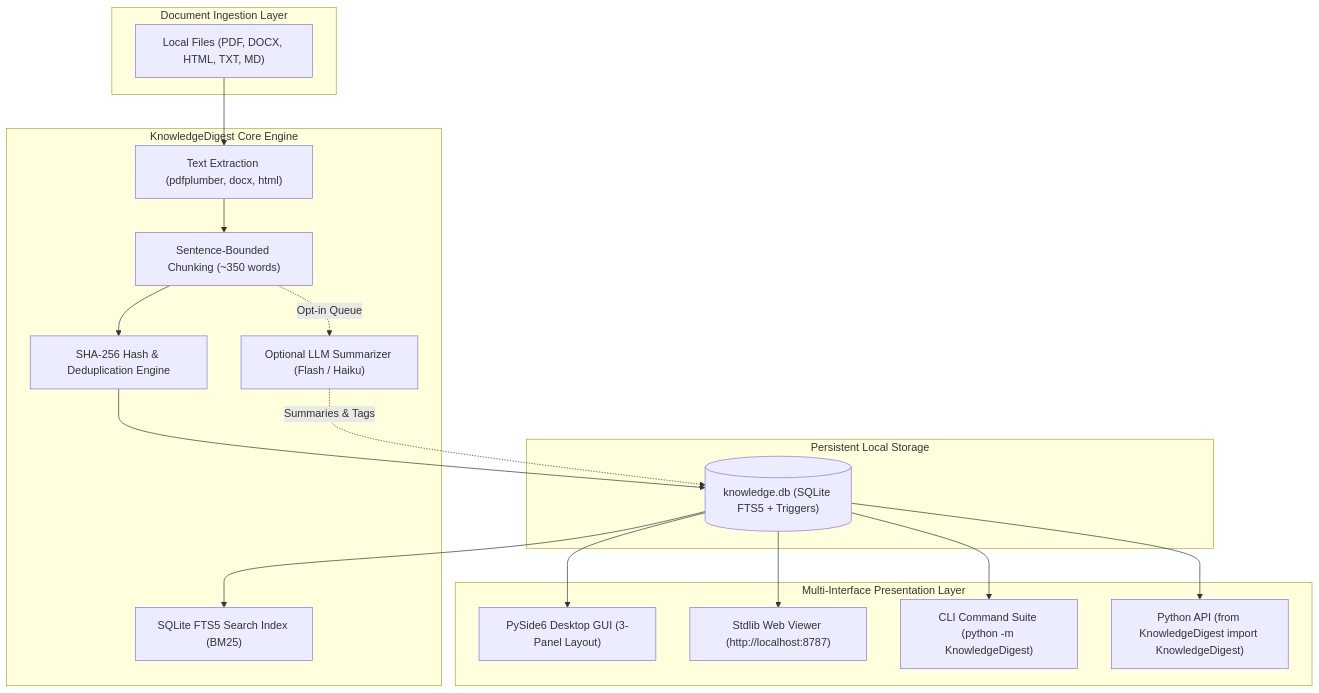
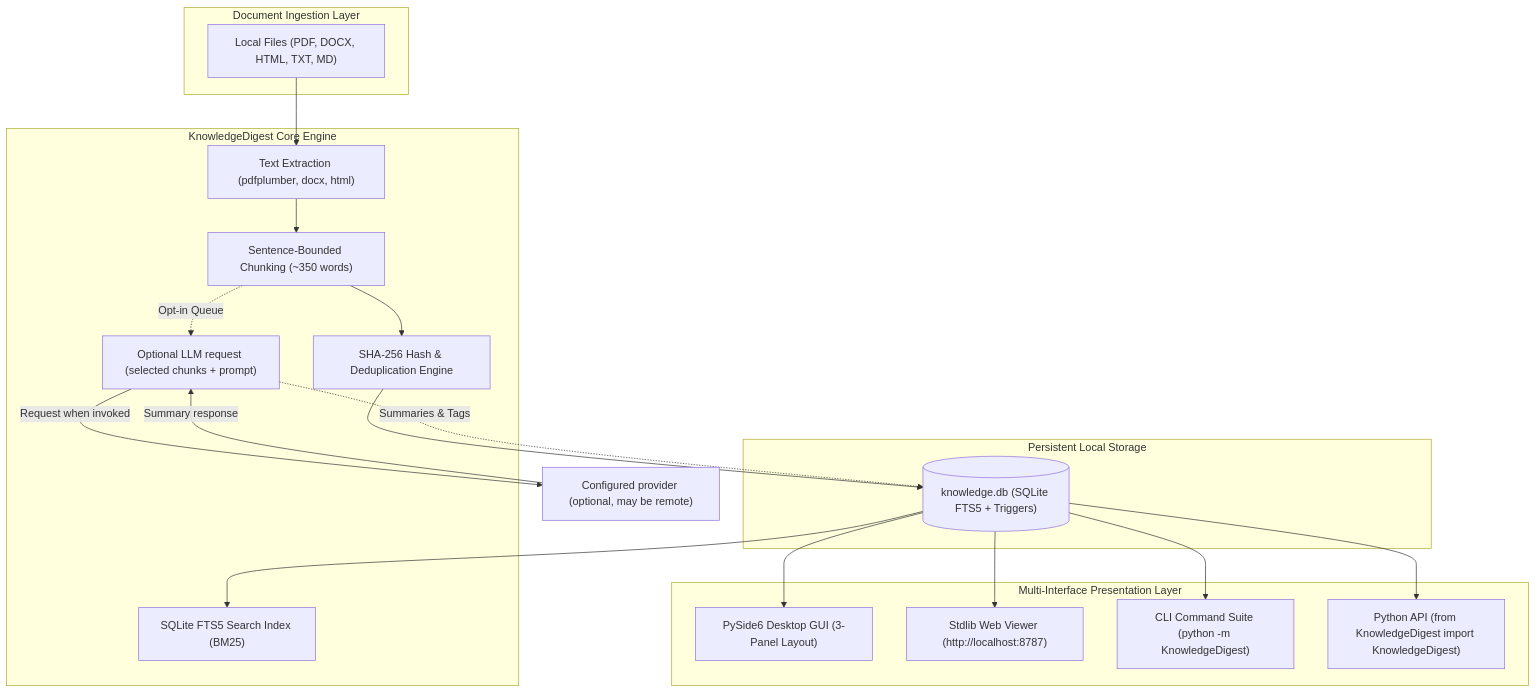
Before and after one commit to file-bricks/KnowledgeDigest: the first of 2 diagrams in README.md, drawn with Mermaid. The commit also changed other lines of this file and 15 other files, not shown here.

````diff
--- a/README.md
+++ b/README.md
@@ -68,37 +58,40 @@
 ```mermaid
 flowchart TD
     subgraph Input["Document Ingestion Layer"]
         DOCS["Local Files (PDF, DOCX, HTML, TXT, MD)"]
     end
 
     subgraph CoreEngine["KnowledgeDigest Core Engine"]
         EXT["Text Extraction (pdfplumber, docx, html)"]
         CHUNK["Sentence-Bounded Chunking (~350 words)"]
         DEDUPE["SHA-256 Hash & Deduplication Engine"]
         FTS["SQLite FTS5 Search Index (BM25)"]
-        SUMM["Optional LLM Summarizer (Flash / Haiku)"]
+        SUMM["Optional LLM request (selected chunks + prompt)"]
     end
 
     subgraph Storage["Persistent Local Storage"]
         DB[("knowledge.db (SQLite FTS5 + Triggers)")]
     end
 
     subgraph Interfaces["Multi-Interface Presentation Layer"]
         GUI["PySide6 Desktop GUI (3-Panel Layout)"]
         WEB["Stdlib Web Viewer (http://localhost:8787)"]
         CLI["CLI Command Suite (python -m KnowledgeDigest)"]
         API["Python API (from KnowledgeDigest import KnowledgeDigest)"]
     end
 
     DOCS --> EXT
     EXT --> CHUNK
     CHUNK --> DEDUPE
     DEDUPE --> DB
     DB --> FTS
     CHUNK -.->|"Opt-in Queue"| SUMM
     SUMM -.->|"Summaries & Tags"| DB
     DB --> GUI
     DB --> WEB
     DB --> CLI
     DB --> API
+    PROVIDER["Configured provider (optional, may be remote)"]
+    SUMM -->|"Request when invoked"| PROVIDER
+    PROVIDER -->|"Summary response"| SUMM
 ```
````
